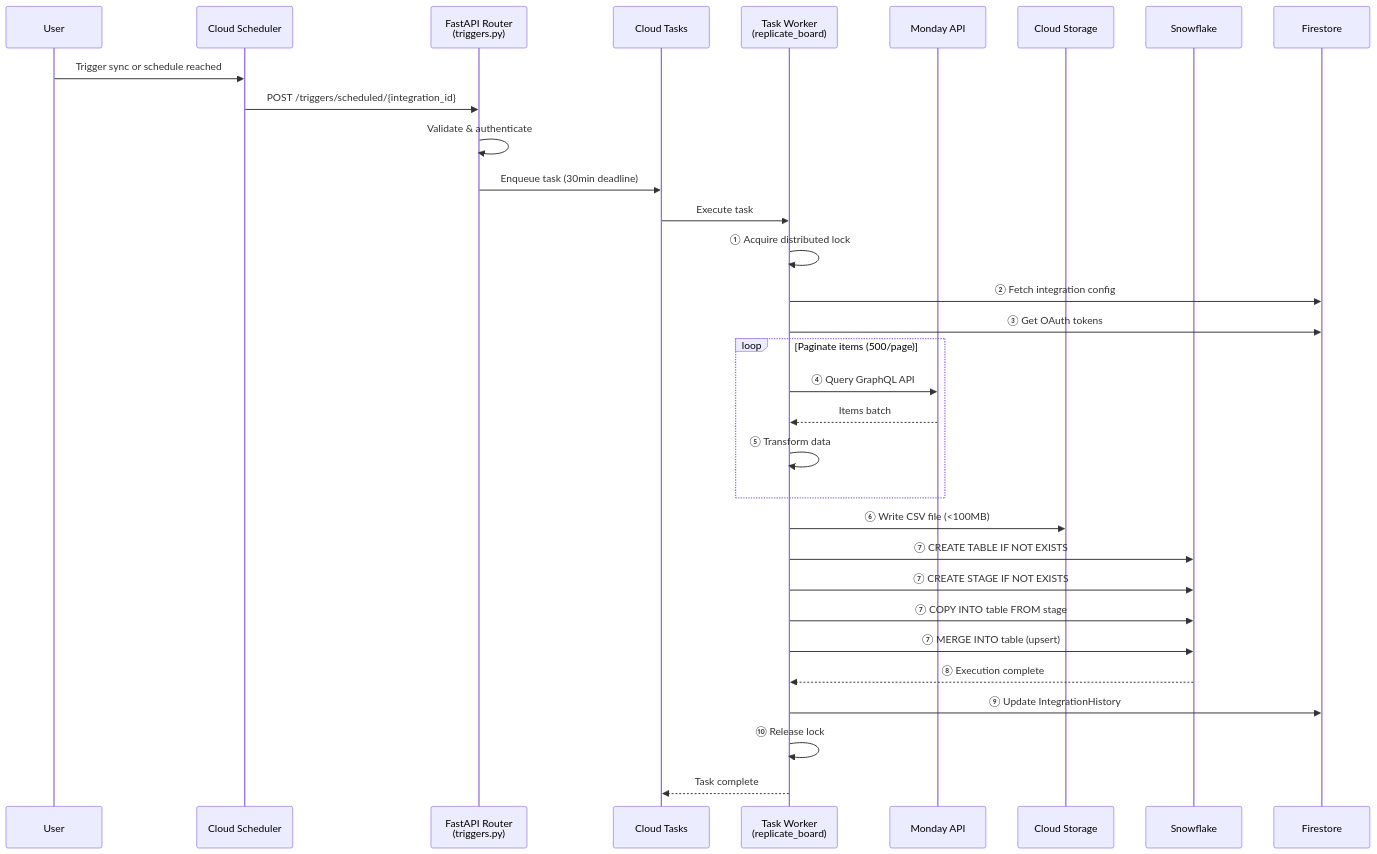
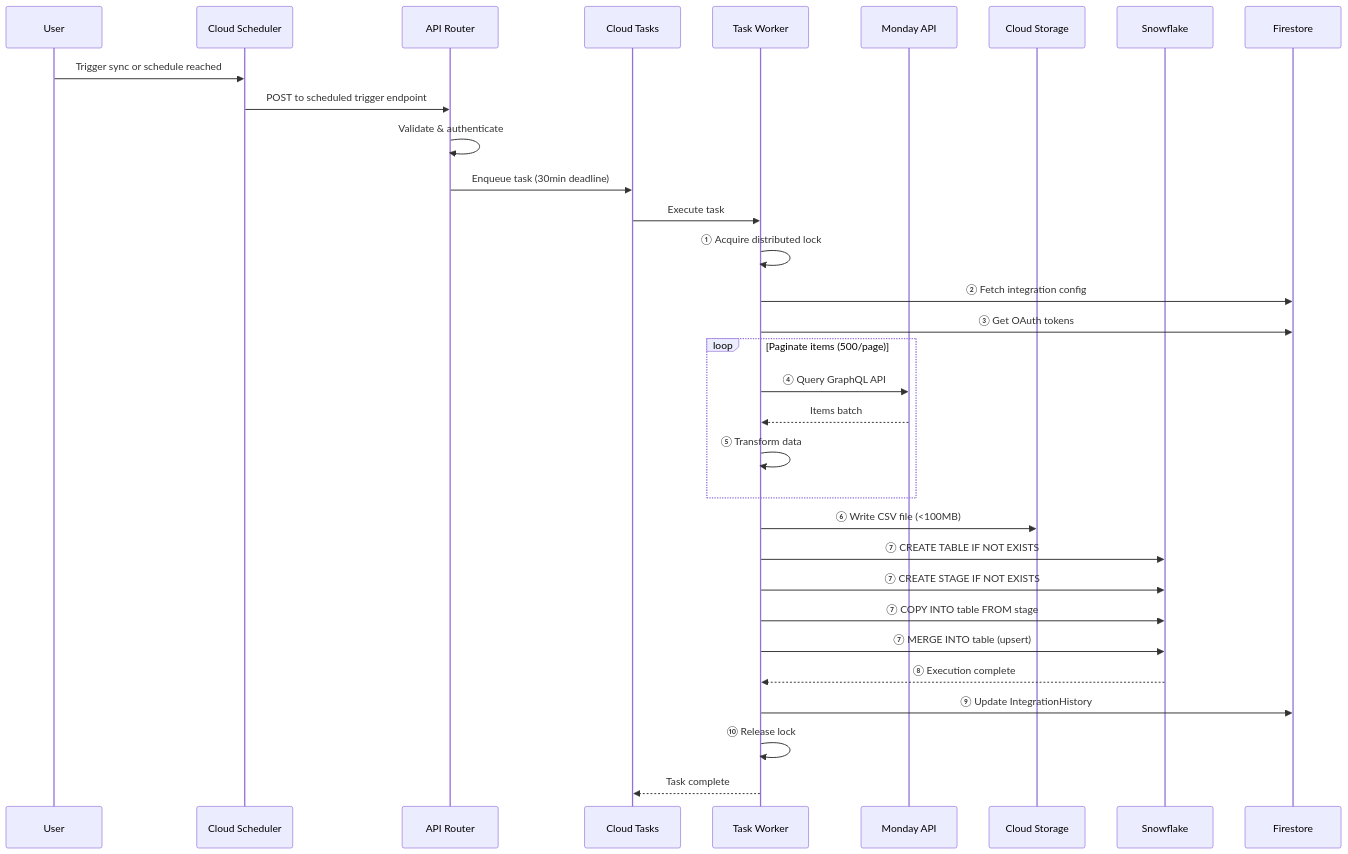
One commit to expressintegrations/monday-snowflake-docs changed the third of 7 diagrams in INTEGRATION_OVERVIEW.md. Above: the diagram before and after it, drawn with Mermaid. The commit also changed other lines of this file, not shown here.

Commit message:
Enhance integration documentation with updated architecture, capabilities, and support sections

````diff
--- a/INTEGRATION_OVERVIEW.md
+++ b/INTEGRATION_OVERVIEW.md
@@ -125,39 +128,39 @@
 ```mermaid
 sequenceDiagram
     participant User
     participant Scheduler as Cloud Scheduler
-    participant Router as FastAPI Router<br/>(triggers.py)
+    participant Router as API Router
     participant Queue as Cloud Tasks
-    participant Worker as Task Worker<br/>(replicate_board)
+    participant Worker as Task Worker
     participant Monday as Monday API
     participant GCS as Cloud Storage
     participant SF as Snowflake
     participant FS as Firestore
 
     User->>Scheduler: Trigger sync or schedule reached
-    Scheduler->>Router: POST /triggers/scheduled/{integration_id}
+    Scheduler->>Router: POST to scheduled trigger endpoint
     Router->>Router: Validate & authenticate
     Router->>Queue: Enqueue task (30min deadline)
     Queue->>Worker: Execute task
 
     Worker->>Worker: ① Acquire distributed lock
     Worker->>FS: ② Fetch integration config
     Worker->>FS: ③ Get OAuth tokens
 
     loop Paginate items (500/page)
         Worker->>Monday: ④ Query GraphQL API
         Monday-->>Worker: Items batch
         Worker->>Worker: ⑤ Transform data
     end
 
     Worker->>GCS: ⑥ Write CSV file (<100MB)
     Worker->>SF: ⑦ CREATE TABLE IF NOT EXISTS
     Worker->>SF: ⑦ CREATE STAGE IF NOT EXISTS
     Worker->>SF: ⑦ COPY INTO table FROM stage
     Worker->>SF: ⑦ MERGE INTO table (upsert)
     SF-->>Worker: ⑧ Execution complete
 
     Worker->>FS: ⑨ Update IntegrationHistory
     Worker->>Worker: ⑩ Release lock
     Worker-->>Queue: Task complete
 ```
````
